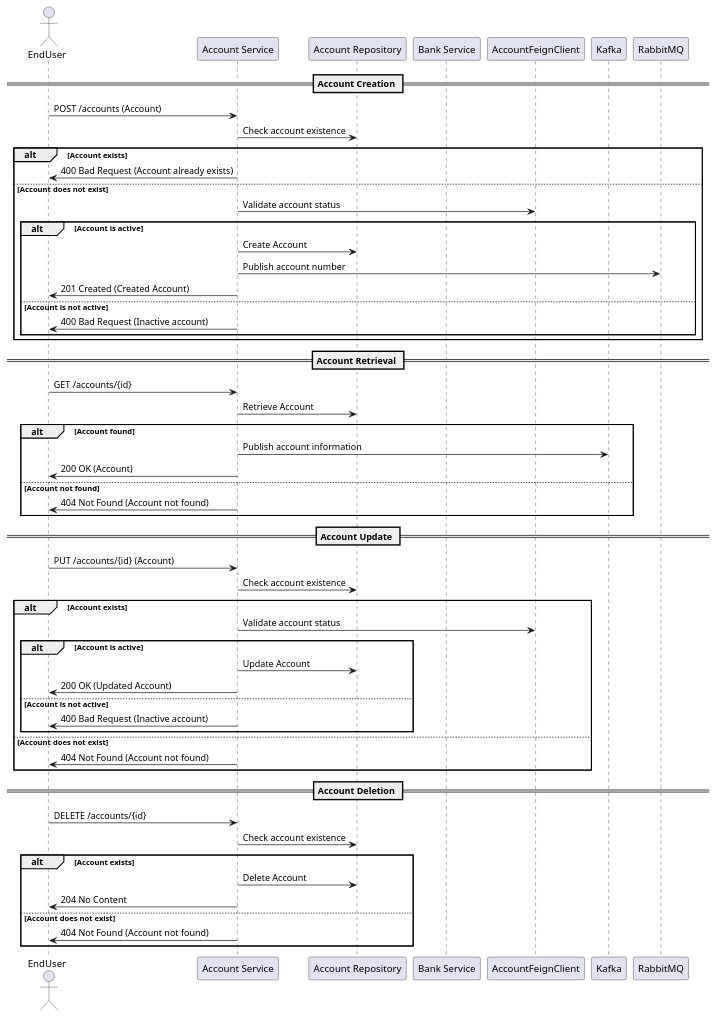
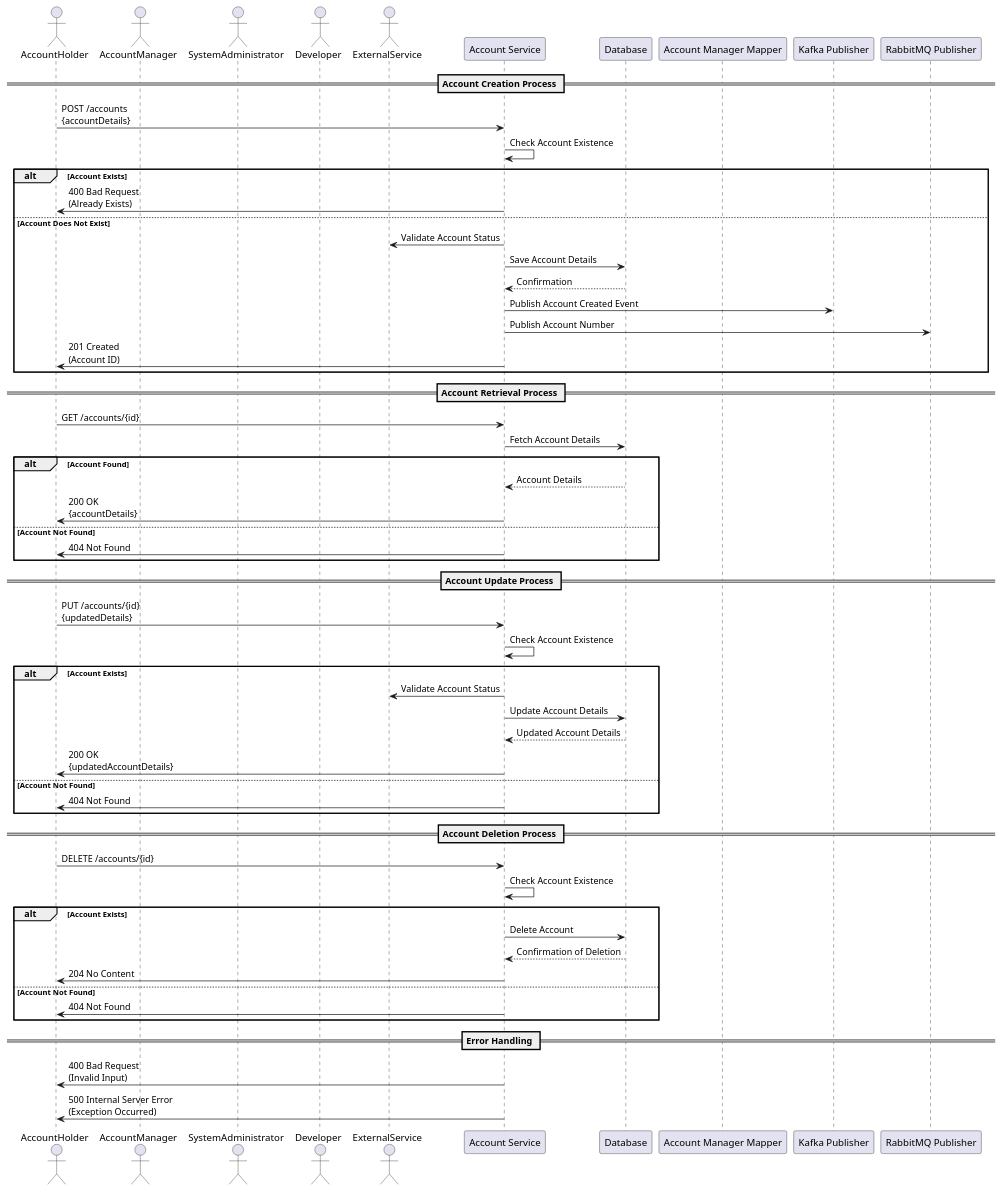
One commit to Bhaskar-Pavan/AccountService changed the diagram in design_document/AccountService.md. Above: the diagram before and after it, drawn with PlantUML. The commit also changed other lines of this file, not shown here.

````diff
--- a/design_document/AccountService.md
+++ b/design_document/AccountService.md
@@ -40,63 +46,67 @@
 ```plantuml
 @startuml
-actor EndUser
+actor AccountHolder
+actor AccountManager
+actor SystemAdministrator
+actor Developer
+actor ExternalService
+
 participant "Account Service" as AccountService
-participant "Account Repository" as AccountRepo
-participant "Bank Service" as BankService
-participant "AccountFeignClient" as AccountFeign
-participant "Kafka" as Kafka
-participant "RabbitMQ" as RabbitMQ
+participant "Database" as DB
+participant "Account Manager Mapper" as Mapper
+participant "Kafka Publisher" as Kafka
+participant "RabbitMQ Publisher" as RabbitMQ
 
-== Account Creation ==
-EndUser -> AccountService: POST /accounts (Account)
-AccountService -> AccountRepo: Check account existence
-alt Account exists
-    AccountService -> EndUser: 400 Bad Request (Account already exists)
-else Account does not exist
-    AccountService -> AccountFeign: Validate account status
-    alt Account is active
-        AccountService -> AccountRepo: Create Account
-        AccountService -> RabbitMQ: Publish account number
-        AccountService -> EndUser: 201 Created (Created Account)
-    else Account is not active
-        AccountService -> EndUser: 400 Bad Request (Inactive account)
-    end
+== Account Creation Process ==
+AccountHolder -> AccountService : POST /accounts\n{accountDetails}
+AccountService -> AccountService : Check Account Existence
+alt Account Exists
+    AccountService -> AccountHolder : 400 Bad Request\n(Already Exists)
+else Account Does Not Exist
+    AccountService -> ExternalService : Validate Account Status
+    AccountService -> DB : Save Account Details
+    DB --> AccountService : Confirmation
+    AccountService -> Kafka : Publish Account Created Event
+    AccountService -> RabbitMQ : Publish Account Number
+    AccountService -> AccountHolder : 201 Created\n(Account ID)
 end
 
-== Account Retrieval ==
-EndUser -> AccountService: GET /accounts/{id}
-AccountService -> AccountRepo: Retrieve Account
-alt Account found
-    AccountService -> Kafka: Publish account information
-    AccountService -> EndUser: 200 OK (Account)
-else Account not found
-    AccountService -> EndUser: 404 Not Found (Account not found)
+== Account Retrieval Process ==
+AccountHolder -> AccountService : GET /accounts/{id}
+AccountService -> DB : Fetch Account Details
+alt Account Found
+    DB --> AccountService : Account Details
+    AccountService -> AccountHolder : 200 OK\n{accountDetails}
+else Account Not Found
+    AccountService -> AccountHolder : 404 Not Found
 end
 
-== Account Update ==
-EndUser -> AccountService: PUT /accounts/{id} (Account)
-AccountService -> AccountRepo: Check account existence
-alt Account exists
-    AccountService -> AccountFeign: Validate account status
-    alt Account is active
-        AccountService -> AccountRepo: Update Account
-        AccountService -> EndUser: 200 OK (Updated Account)
-    else Account is not active
-        AccountService -> EndUser: 400 Bad Request (Inactive account)
-    end
-else Account does not exist
-    AccountService -> EndUser: 404 Not Found (Account not found)
+== Account Update Process ==
+AccountHolder -> AccountService : PUT /accounts/{id}\n{updatedDetails}
+AccountService -> AccountService : Check Account Existence
+alt Account Exists
+    AccountService -> ExternalService : Validate Account Status
+    AccountService -> DB : Update Account Details
+    DB --> AccountService : Updated Account Details
+    AccountService -> AccountHolder : 200 OK\n{updatedAccountDetails}
+else Account Not Found
+    AccountService -> AccountHolder : 404 Not Found
 end
 
-== Account Deletion ==
-EndUser -> AccountService: DELETE /accounts/{id}
-AccountService -> AccountRepo: Check account existence
-alt Account exists
-    AccountService -> AccountRepo: Delete Account
-    AccountService -> EndUser: 204 No Content
-else Account does not exist
-    AccountService -> EndUser: 404 Not Found (Account not found)
+== Account Deletion Process ==
+AccountHolder -> AccountService : DELETE /accounts/{id}
+AccountService -> AccountService : Check Account Existence
+alt Account Exists
+    AccountService -> DB : Delete Account
+    DB --> AccountService : Confirmation of Deletion
+    AccountService -> AccountHolder : 204 No Content
+else Account Not Found
+    AccountService -> AccountHolder : 404 Not Found
 end
+
+== Error Handling ==
+AccountService -> AccountHolder : 400 Bad Request\n(Invalid Input)
+AccountService -> AccountHolder : 500 Internal Server Error\n(Exception Occurred)
 
 @enduml
 ```
````
